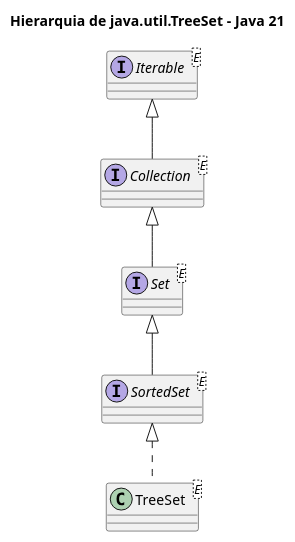
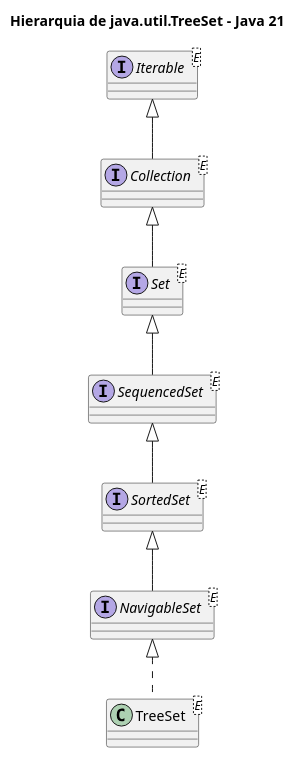
The diagram in subjects/poo/code/11-treeset-main.puml (fabriciosantana/idp-marp-slides), drawn with PlantUML before and after one commit. The commit also changed 12 other files, not shown here.

```diff
--- a/subjects/poo/code/11-treeset-main.puml
+++ b/subjects/poo/code/11-treeset-main.puml
@@ -1,16 +1,20 @@
 @startuml
 title Hierarquia de java.util.TreeSet - Java 21
 
 interface Iterable<E>
 interface Collection<E>
 interface Set<E>
+interface SequencedSet<E>
 interface SortedSet<E>
+interface NavigableSet<E>
 
 class TreeSet<E>
 
 Iterable <|-- Collection
 Collection <|-- Set
-Set <|-- SortedSet
-SortedSet <|.. TreeSet
+Set <|-- SequencedSet
+SequencedSet <|-- SortedSet
+SortedSet <|-- NavigableSet
+NavigableSet <|.. TreeSet
 
 @enduml
```
